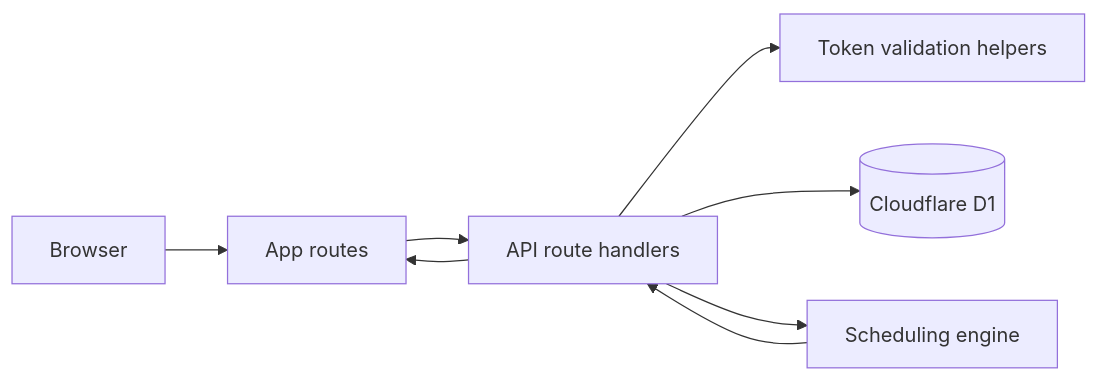
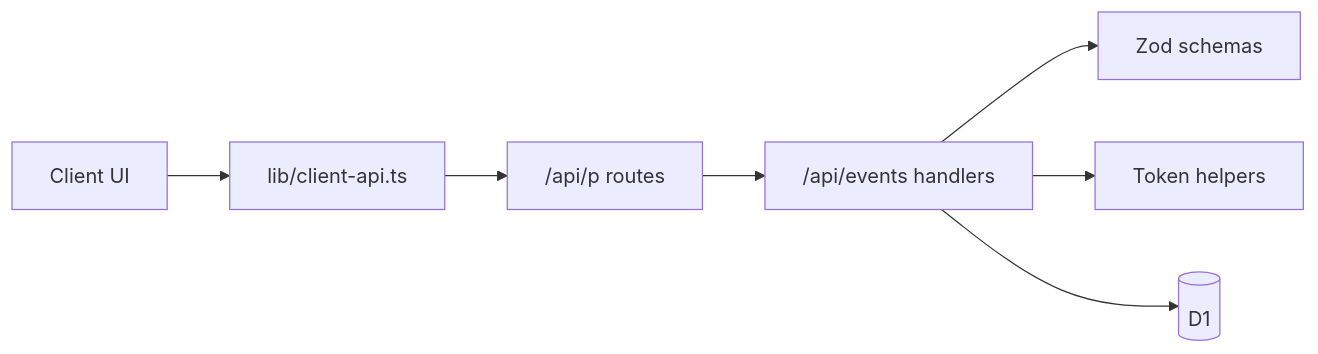
Before and after one commit to anxkhn/togoo: the second of 9 diagrams in TRD.md, drawn with Mermaid. The commit also changed other lines of this file and 3 other files, not shown here.

````diff
--- a/TRD.md
+++ b/TRD.md
@@ -23,10 +90,9 @@
 ```mermaid
 flowchart LR
-    Browser[Browser] --> Pages[App routes]
-    Pages --> API[API route handlers]
-    API --> Auth[Token validation helpers]
-    API --> DB[(Cloudflare D1)]
-    API --> Engine[Scheduling engine]
-    Engine --> API
-    API --> Pages
+    UI[Client UI] --> Helper[lib/client-api.ts]
+    Helper --> Alias["/api/p routes"]
+    Alias --> Canonical["/api/events handlers"]
+    Canonical --> Validation[Zod schemas]
+    Canonical --> Auth[Token helpers]
+    Canonical --> DB[(D1)]
 ```
````
